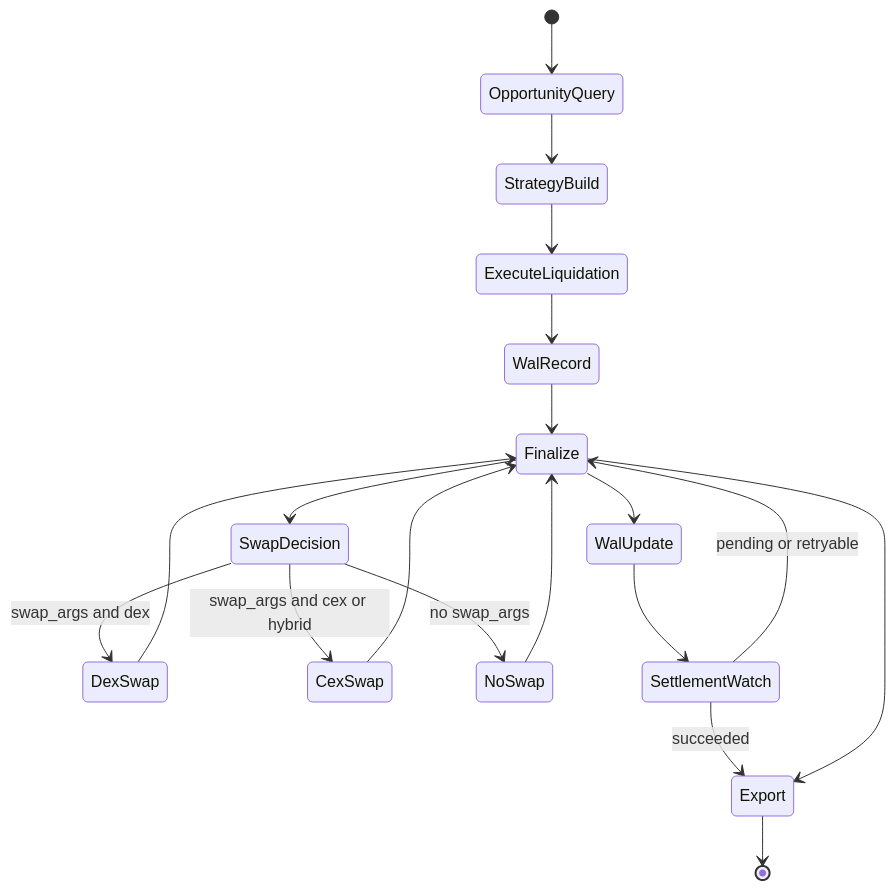
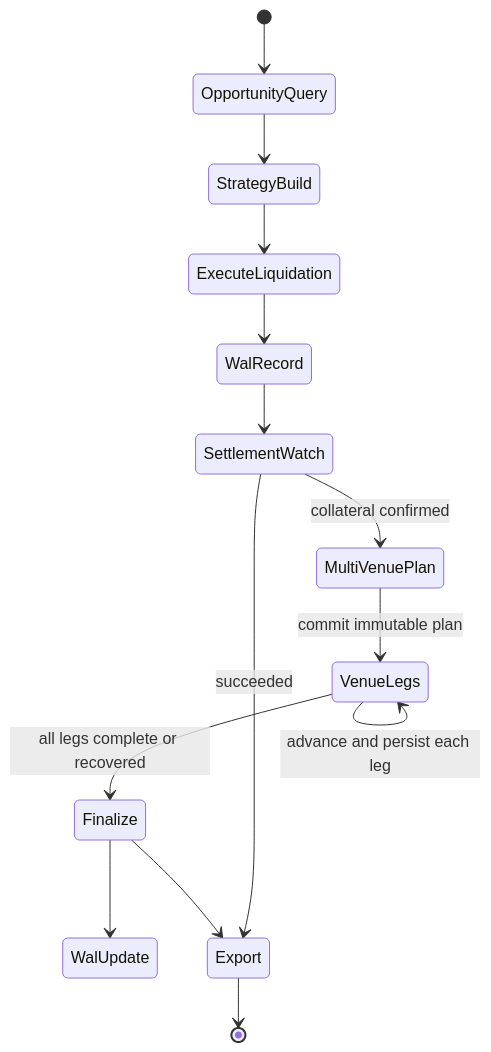
One commit to Liquidium-Inc/liquidium-pipeline changed the diagram in readme.md. Above: the diagram before and after it, drawn with Mermaid. The commit also changed other lines of this file and 98 other files, not shown here.

First line of the commit message:
feat: add durable multi-venue swap execution with ICPSwap and MEXC (#33)

````diff
--- a/readme.md
+++ b/readme.md
@@ -399,26 +414,18 @@
 ```mermaid
 stateDiagram-v2
     [*] --> OpportunityQuery
     OpportunityQuery --> StrategyBuild
     StrategyBuild --> ExecuteLiquidation
     ExecuteLiquidation --> WalRecord
 
-    WalRecord --> Finalize
-    Finalize --> SwapDecision
-
-    SwapDecision --> DexSwap: swap_args and dex
-    SwapDecision --> CexSwap: swap_args and cex or hybrid
-    SwapDecision --> NoSwap: no swap_args
-
-    DexSwap --> Finalize
-    CexSwap --> Finalize
-    NoSwap --> Finalize
-
+    WalRecord --> SettlementWatch
+    SettlementWatch --> MultiVenuePlan: collateral confirmed
+    MultiVenuePlan --> VenueLegs: commit immutable plan
+    VenueLegs --> VenueLegs: advance and persist each leg
+    VenueLegs --> Finalize: all legs complete or recovered
     Finalize --> WalUpdate
-    WalUpdate --> SettlementWatch
-    SettlementWatch --> Finalize: pending or retryable
     SettlementWatch --> Export: succeeded
 
     Finalize --> Export
     Export --> [*]
 ```
````
